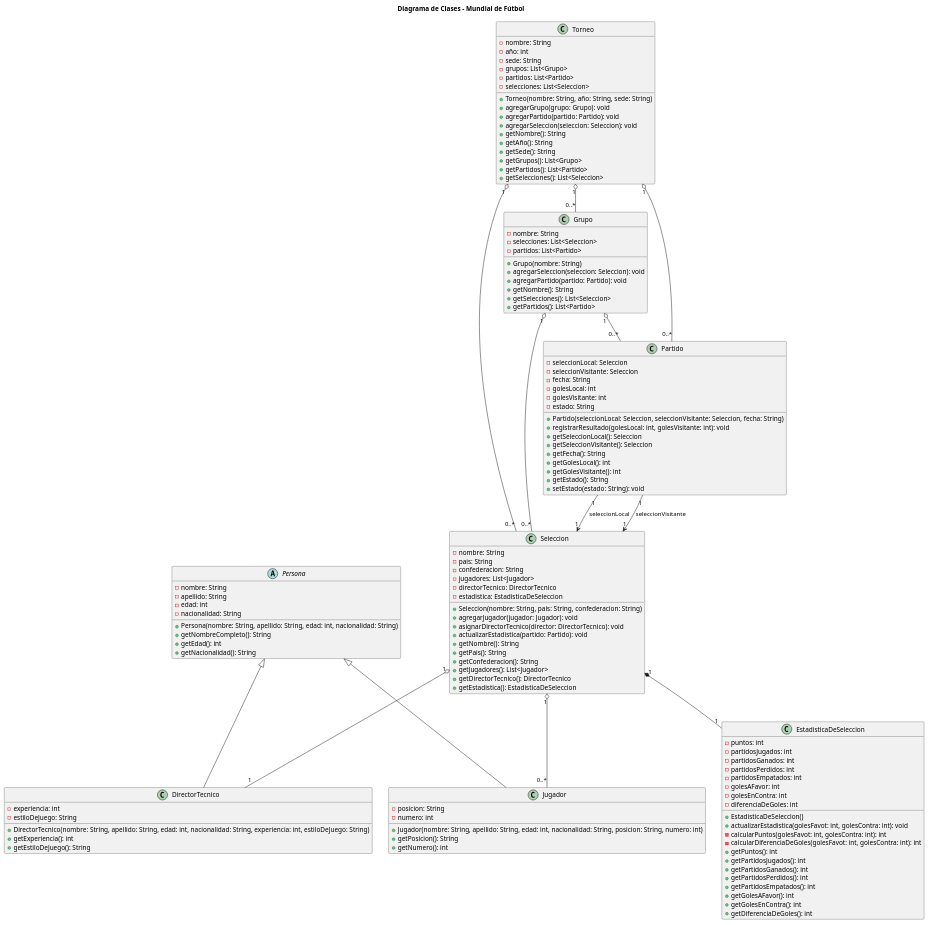
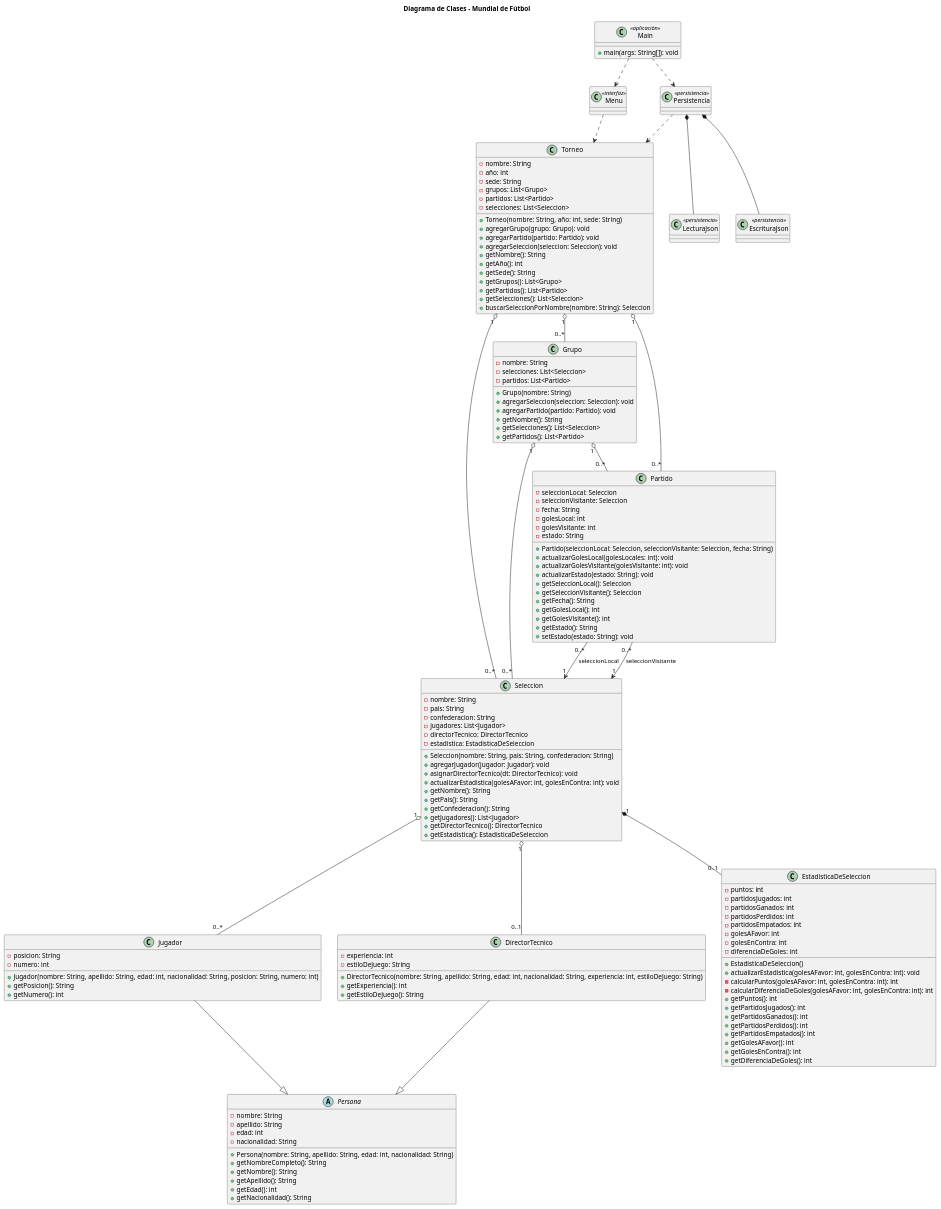
One commit to IngridOlivera/MundialPOO changed the diagram in MundialPoo.puml. Above: the diagram before and after it, drawn with PlantUML.

Commit message:
Se actualiza diagrama de clases

```diff
--- a/MundialPoo.puml
+++ b/MundialPoo.puml
@@ -1,128 +1,156 @@
 @startuml
 title Diagrama de Clases - Mundial de Fútbol
 
-
 class Torneo {
-- nombre: String
-- año: int
-- sede: String
-- grupos: List<Grupo>
-- partidos: List<Partido>
-- selecciones: List<Seleccion>
-+ Torneo(nombre: String, año: String, sede: String)
-+ agregarGrupo(grupo: Grupo): void
-+ agregarPartido(partido: Partido): void
-+ agregarSeleccion(seleccion: Seleccion): void
-+ getNombre(): String
-+ getAño(): String
-+ getSede(): String
-+ getGrupos(): List<Grupo>
-+ getPartidos(): List<Partido>
-+ getSelecciones(): List<Seleccion>
-}
-class Grupo {
-- nombre: String
-- selecciones: List<Seleccion>
-- partidos: List<Partido>
-+ Grupo(nombre: String)
-+ agregarSeleccion(seleccion: Seleccion): void
-+ agregarPartido(partido: Partido): void
-+ getNombre(): String
-+ getSelecciones(): List<Seleccion>
-+ getPartidos(): List<Partido>
-}
-class Seleccion {
-- nombre: String
-- pais: String
-- confederacion: String
-- jugadores: List<Jugador>
-- directorTecnico: DirectorTecnico
-- estadistica: EstadisticaDeSeleccion
-+ Seleccion(nombre: String, pais: String, confederacion: String)
-+ agregarJugador(jugador: Jugador): void
-+ asignarDirectorTecnico(director: DirectorTecnico): void
-+ actualizarEstadistica(partido: Partido): void
-+ getNombre(): String
-+ getPais(): String
-+ getConfederacion(): String
-+ getJugadores(): List<Jugador>
-+ getDirectorTecnico(): DirectorTecnico
-+ getEstadistica(): EstadisticaDeSeleccion
-}
-abstract class Persona {
-- nombre: String
-- apellido: String
-- edad: int
-- nacionalidad: String
-+ Persona(nombre: String, apellido: String, edad: int, nacionalidad: String)
-+ getNombreCompleto(): String
-+ getEdad(): int
-+ getNacionalidad(): String
-}
-class Jugador extends Persona {
-- posicion: String
-- numero: int
-+ Jugador(nombre: String, apellido: String, edad: int, nacionalidad: String, posicion: String, numero: int)
-+ getPosicion(): String
-+ getNumero(): int
+  - nombre: String
+  - año: int
+  - sede: String
+  - grupos: List<Grupo>
+  - partidos: List<Partido>
+  - selecciones: List<Seleccion>
+  + Torneo(nombre: String, año: int, sede: String)
+  + agregarGrupo(grupo: Grupo): void
+  + agregarPartido(partido: Partido): void
+  + agregarSeleccion(seleccion: Seleccion): void
+  + getNombre(): String
+  + getAño(): int
+  + getSede(): String
+  + getGrupos(): List<Grupo>
+  + getPartidos(): List<Partido>
+  + getSelecciones(): List<Seleccion>
+  + buscarSeleccionPorNombre(nombre: String): Seleccion
 }
 
-class DirectorTecnico extends Persona {
-- experiencia: int
-- estiloDeJuego: String
-+ DirectorTecnico(nombre: String, apellido: String, edad: int, nacionalidad: String, experiencia: int, estiloDeJuego: String)
-+ getExperiencia(): int
-+ getEstiloDeJuego(): String
-}
-class Partido {
-- seleccionLocal: Seleccion
-- seleccionVisitante: Seleccion
-- fecha: String
-- golesLocal: int
-- golesVisitante: int
-- estado: String
-+ Partido(seleccionLocal: Seleccion, seleccionVisitante: Seleccion, fecha: String)
-+ registrarResultado(golesLocal: int, golesVisitante: int): void
-+ getSeleccionLocal(): Seleccion
-+ getSeleccionVisitante(): Seleccion
-+ getFecha(): String
-+ getGolesLocal(): int
-+ getGolesVisitante(): int
-+ getEstado(): String
-+ setEstado(estado: String): void
-}
-class EstadisticaDeSeleccion {
-- puntos: int
-- partidosJugados: int
-- partidosGanados: int
-- partidosPerdidos: int
-- partidosEmpatados: int
-- golesAFavor: int
-- golesEnContra: int
-- diferenciaDeGoles: int
-+ EstadisticaDeSeleccion()
-+ actualizarEstadistica(golesFavot: int, golesContra: int): void
-- calcularPuntos(golesFavot: int, golesContra: int): int
-- calcularDiferenciaDeGoles(golesFavot: int, golesContra: int): int
-+ getPuntos(): int
-+ getPartidosJugados(): int
-+ getPartidosGanados(): int
-+ getPartidosPerdidos(): int
-+ getPartidosEmpatados(): int
-+ getGolesAFavor(): int
-+ getGolesEnContra(): int
-+ getDiferenciaDeGoles(): int
+class Grupo {
+  - nombre: String
+  - selecciones: List<Seleccion>
+  - partidos: List<Partido>
+  + Grupo(nombre: String)
+  + agregarSeleccion(seleccion: Seleccion): void
+  + agregarPartido(partido: Partido): void
+  + getNombre(): String
+  + getSelecciones(): List<Seleccion>
+  + getPartidos(): List<Partido>
 }
 
-Seleccion "1" o-- "0..*"Jugador
-Seleccion "1" o-- "1" DirectorTecnico
-Seleccion "1" *-- "1" EstadisticaDeSeleccion
+class Seleccion {
+  - nombre: String
+  - pais: String
+  - confederacion: String
+  - jugadores: List<Jugador>
+  - directorTecnico: DirectorTecnico
+  - estadistica: EstadisticaDeSeleccion
+  + Seleccion(nombre: String, pais: String, confederacion: String)
+  + agregarJugador(jugador: Jugador): void
+  + asignarDirectorTecnico(dt: DirectorTecnico): void
+  + actualizarEstadistica(golesAFavor: int, golesEnContra: int): void
+  + getNombre(): String
+  + getPais(): String
+  + getConfederacion(): String
+  + getJugadores(): List<Jugador>
+  + getDirectorTecnico(): DirectorTecnico
+  + getEstadistica(): EstadisticaDeSeleccion
+}
+
+abstract class Persona {
+  - nombre: String
+  - apellido: String
+  - edad: int
+  - nacionalidad: String
+  + Persona(nombre: String, apellido: String, edad: int, nacionalidad: String)
+  + getNombreCompleto(): String
+  + getNombre(): String
+  + getApellido(): String
+  + getEdad(): int
+  + getNacionalidad(): String
+}
+
+class Jugador {
+  - posicion: String
+  - numero: int
+  + Jugador(nombre: String, apellido: String, edad: int, nacionalidad: String, posicion: String, numero: int)
+  + getPosicion(): String
+  + getNumero(): int
+}
+
+class DirectorTecnico {
+  - experiencia: int
+  - estiloDeJuego: String
+  + DirectorTecnico(nombre: String, apellido: String, edad: int, nacionalidad: String, experiencia: int, estiloDeJuego: String)
+  + getExperiencia(): int
+  + getEstiloDeJuego(): String
+}
+
+class Partido {
+  - seleccionLocal: Seleccion
+  - seleccionVisitante: Seleccion
+  - fecha: String
+  - golesLocal: int
+  - golesVisitante: int
+  - estado: String
+  + Partido(seleccionLocal: Seleccion, seleccionVisitante: Seleccion, fecha: String)
+  + actualizarGolesLocal(golesLocales: int): void
+  + actualizarGolesVisitante(golesVisitante: int): void
+  + actualizarEstado(estado: String): void
+  + getSeleccionLocal(): Seleccion
+  + getSeleccionVisitante(): Seleccion
+  + getFecha(): String
+  + getGolesLocal(): int
+  + getGolesVisitante(): int
+  + getEstado(): String
+  + setEstado(estado: String): void
+}
+
+class EstadisticaDeSeleccion {
+  - puntos: int
+  - partidosJugados: int
+  - partidosGanados: int
+  - partidosPerdidos: int
+  - partidosEmpatados: int
+  - golesAFavor: int
+  - golesEnContra: int
+  - diferenciaDeGoles: int
+  + EstadisticaDeSeleccion()
+  + actualizarEstadistica(golesAFavor: int, golesEnContra: int): void
+  - calcularPuntos(golesAFavor: int, golesEnContra: int): int
+  - calcularDiferenciaDeGoles(golesAFavor: int, golesEnContra: int): int
+  + getPuntos(): int
+  + getPartidosJugados(): int
+  + getPartidosGanados(): int
+  + getPartidosPerdidos(): int
+  + getPartidosEmpatados(): int
+  + getGolesAFavor(): int
+  + getGolesEnContra(): int
+  + getDiferenciaDeGoles(): int
+}
+
+' Clases de entrada, interfaz y persistencia: solo se muestran como referencia.
+class Main <<aplicación>> {
+  + main(args: String[]): void
+}
+class Menu <<interfaz>>
+class Persistencia <<persistencia>>
+class LecturaJson <<persistencia>>
+class EscrituraJson <<persistencia>>
+
+Jugador --|> Persona
+DirectorTecnico --|> Persona
+Seleccion "1" o-- "0..*" Jugador
+Seleccion "1" o-- "0..1" DirectorTecnico
+Seleccion "1" *-- "0..1" EstadisticaDeSeleccion
 Grupo "1" o-- "0..*" Seleccion
 Grupo "1" o-- "0..*" Partido
 Torneo "1" o-- "0..*" Grupo
 Torneo "1" o-- "0..*" Partido
 Torneo "1" o-- "0..*" Seleccion
-Partido "1" --> "1" Seleccion : seleccionLocal
-Partido "1" --> "1" Seleccion : seleccionVisitante
+Partido "0..*" --> "1" Seleccion : seleccionLocal
+Partido "0..*" --> "1" Seleccion : seleccionVisitante
+
+Main ..> Menu
+Main ..> Persistencia
+Menu ..> Torneo
+Persistencia *-- LecturaJson
+Persistencia *-- EscrituraJson
+Persistencia ..> Torneo
 
 @enduml
```
